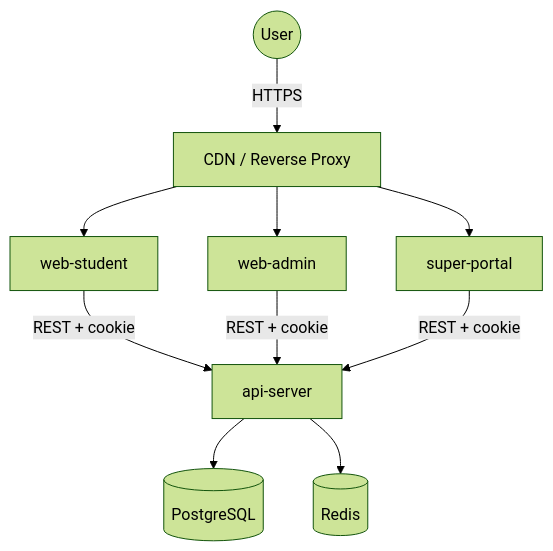
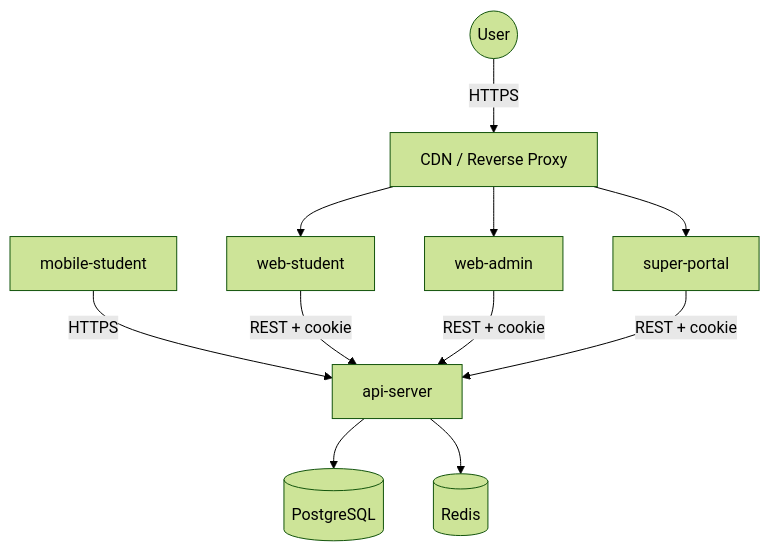
One commit to Mrnobody102/lms changed the diagram in docs/ARCHITECTURE.md. Above: the diagram before and after it, drawn with Mermaid (forest theme). The commit also changed other lines of this file and 16 other files, not shown here.

Commit message:
feat: improve lesson authoring and student exam flows

````diff
--- a/docs/ARCHITECTURE.md
+++ b/docs/ARCHITECTURE.md
@@ -15,14 +15,15 @@
 ```mermaid
 graph TD
     User((User)) -->|HTTPS| Edge[CDN / Reverse Proxy]
     Edge --> Student[web-student]
     Edge --> Admin[web-admin]
     Edge --> Portal[super-portal]
+    Mobile[mobile-student] -->|HTTPS| API
 
     Student -->|REST + cookie| API[api-server]
     Admin -->|REST + cookie| API
     Portal -->|REST + cookie| API
 
     API --> DB[(PostgreSQL)]
     API --> Redis[(Redis)]
 ```
````
